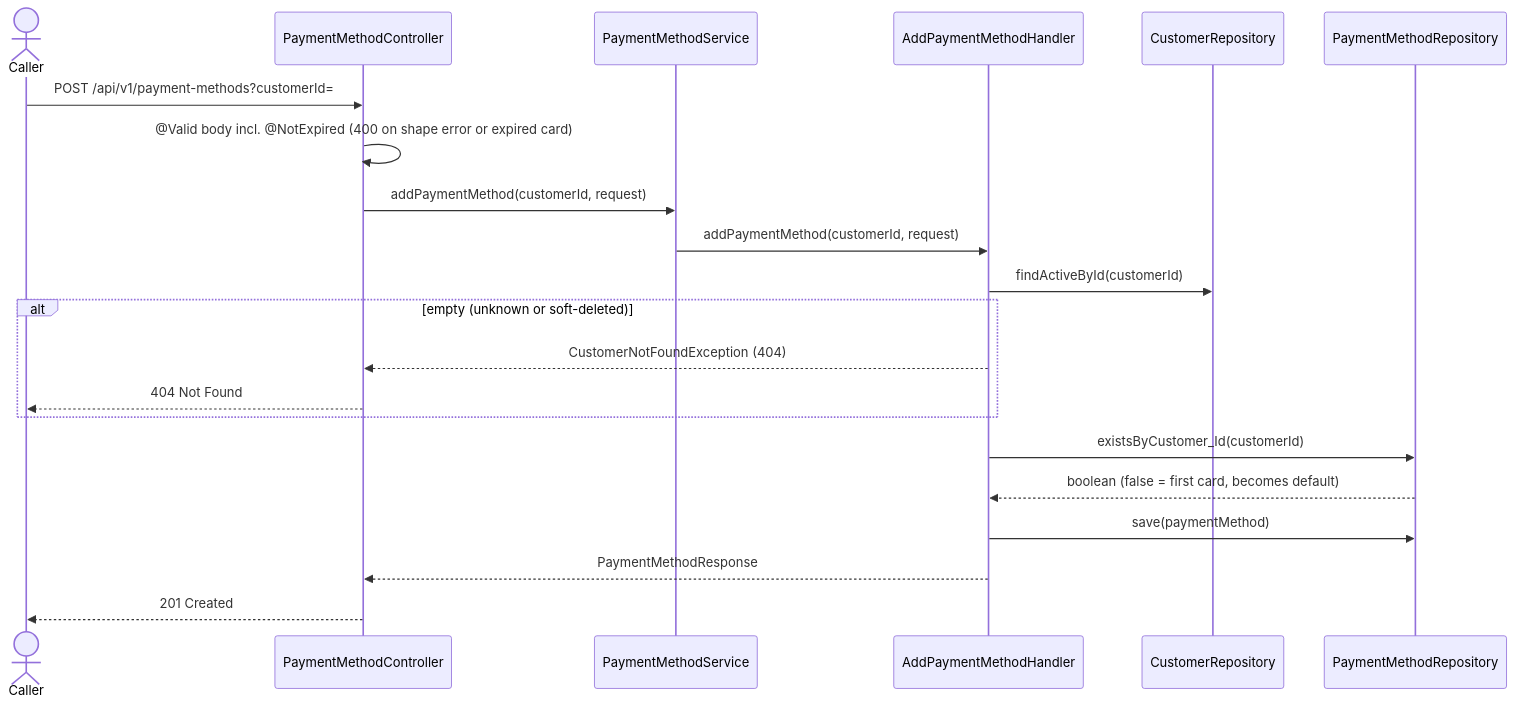
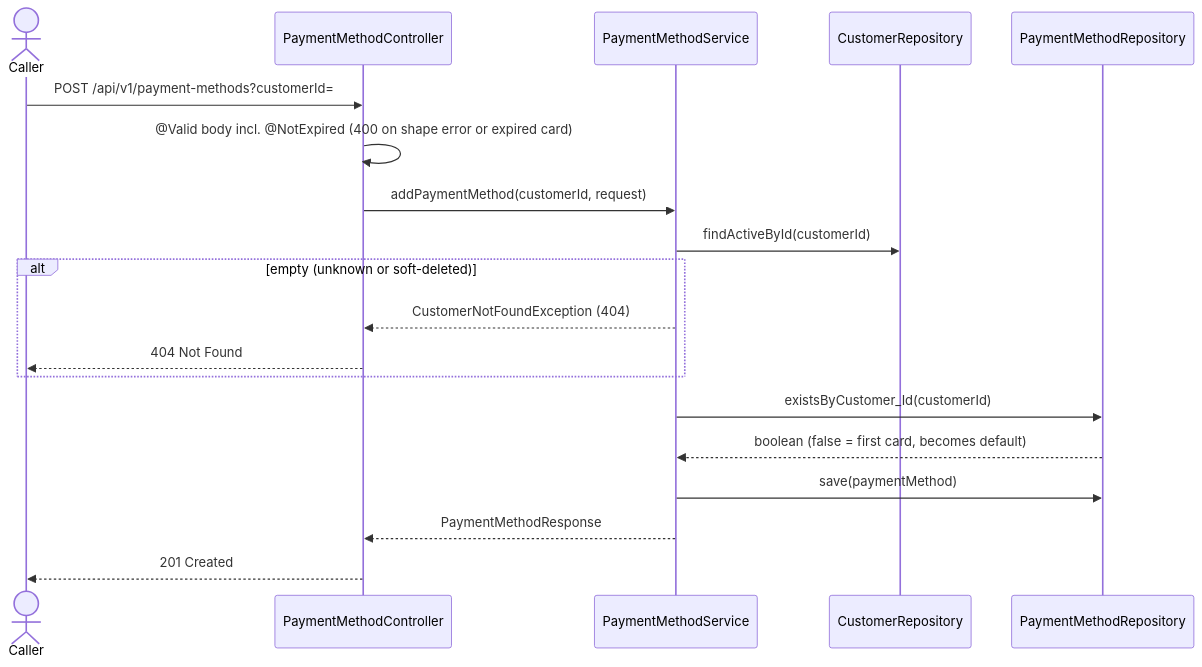
The first of 2 diagrams in restaurant/.docs/use-cases/customer-management/payment-methods/payment-methods.md (msmohammed0077-cmd/mentorship-restaurant), drawn with Mermaid before and after one commit. The commit also changed other lines of this file and 14 other files, not shown here.

````diff
--- a/restaurant/.docs/use-cases/customer-management/payment-methods/payment-methods.md
+++ b/restaurant/.docs/use-cases/customer-management/payment-methods/payment-methods.md
@@ -242,24 +241,22 @@
 ```mermaid
 sequenceDiagram
     actor Caller
     participant C as PaymentMethodController
-    participant S as PaymentMethodService
-    participant H as AddPaymentMethodHandler
+    participant H as PaymentMethodService
     participant CR as CustomerRepository
     participant PR as PaymentMethodRepository
 
     Caller->>C: POST /api/v1/payment-methods?customerId=
     C->>C: @Valid body incl. @NotExpired (400 on shape error or expired card)
-    C->>S: addPaymentMethod(customerId, request)
-    S->>H: addPaymentMethod(customerId, request)
+    C->>H: addPaymentMethod(customerId, request)
     H->>CR: findActiveById(customerId)
     alt empty (unknown or soft-deleted)
         H-->>C: CustomerNotFoundException (404)
         C-->>Caller: 404 Not Found
     end
     H->>PR: existsByCustomer_Id(customerId)
     PR-->>H: boolean (false = first card, becomes default)
     H->>PR: save(paymentMethod)
     H-->>C: PaymentMethodResponse
     C-->>Caller: 201 Created
 ```
````
